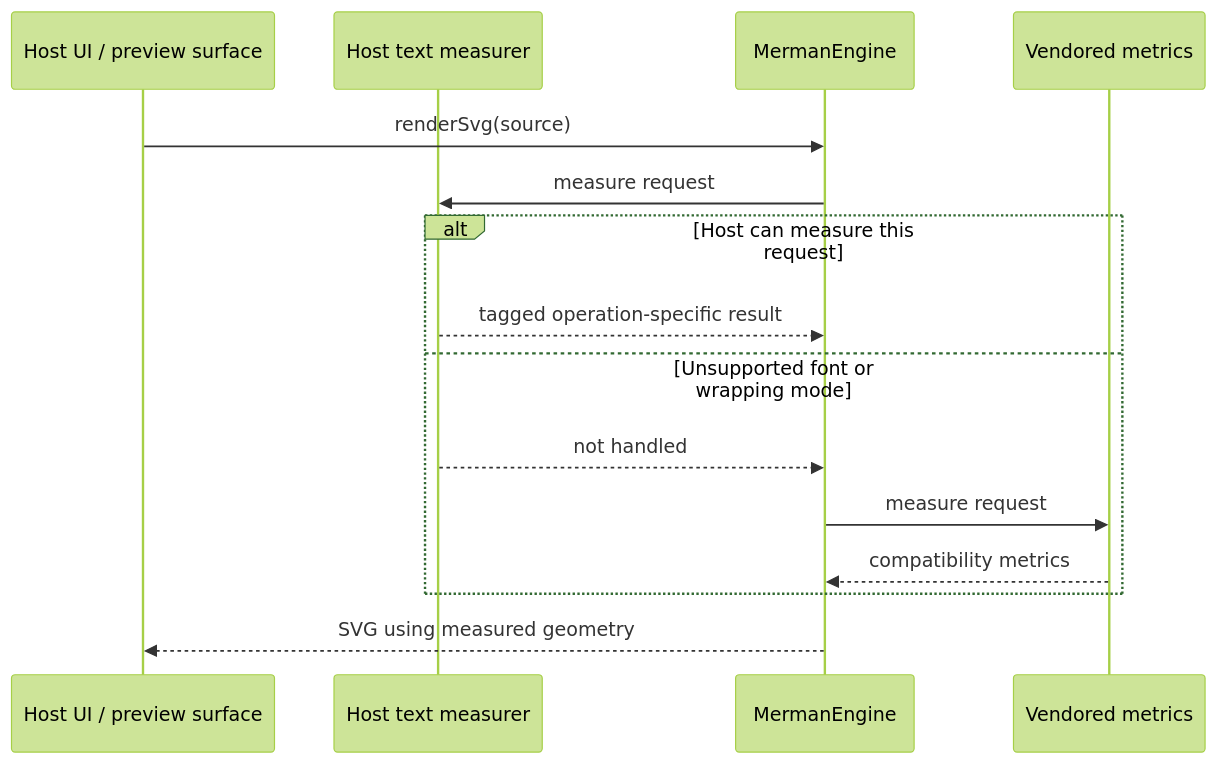
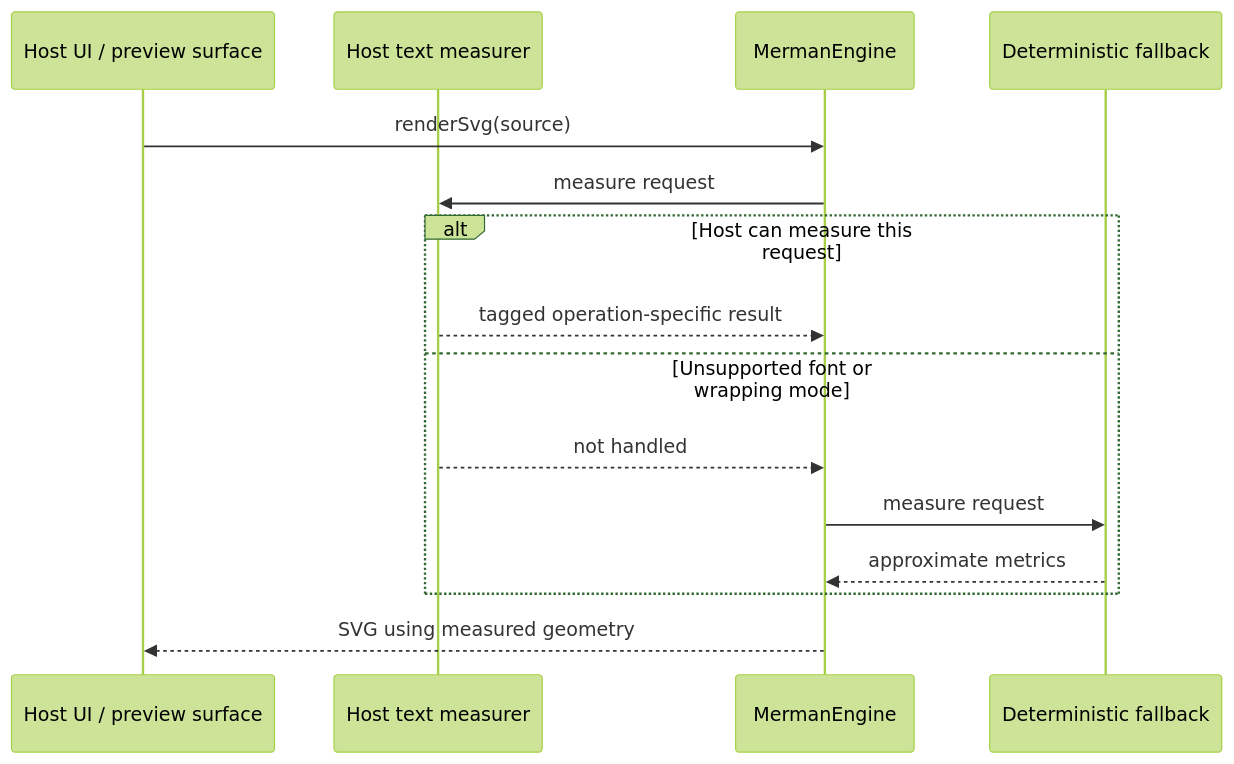
Before and after one commit to Latias94/merman: the diagram in docs/bindings/HOST_TEXT_MEASUREMENT.md, drawn with Mermaid (forest theme). The commit also changed other lines of this file and 363 other files, not shown here.

````diff
--- a/docs/bindings/HOST_TEXT_MEASUREMENT.md
+++ b/docs/bindings/HOST_TEXT_MEASUREMENT.md
@@ -32,18 +32,18 @@
 ```mermaid
 sequenceDiagram
     participant Host as Host UI / preview surface
     participant Adapter as Host text measurer
     participant Engine as MermanEngine
-    participant Fallback as Vendored metrics
+    participant Fallback as Deterministic fallback
 
     Host->>Engine: renderSvg(source)
     Engine->>Adapter: measure request
     alt Host can measure this request
         Adapter-->>Engine: tagged operation-specific result
     else Unsupported font or wrapping mode
         Adapter-->>Engine: not handled
         Engine->>Fallback: measure request
-        Fallback-->>Engine: compatibility metrics
+        Fallback-->>Engine: approximate metrics
     end
     Engine-->>Host: SVG using measured geometry
 ```
````
